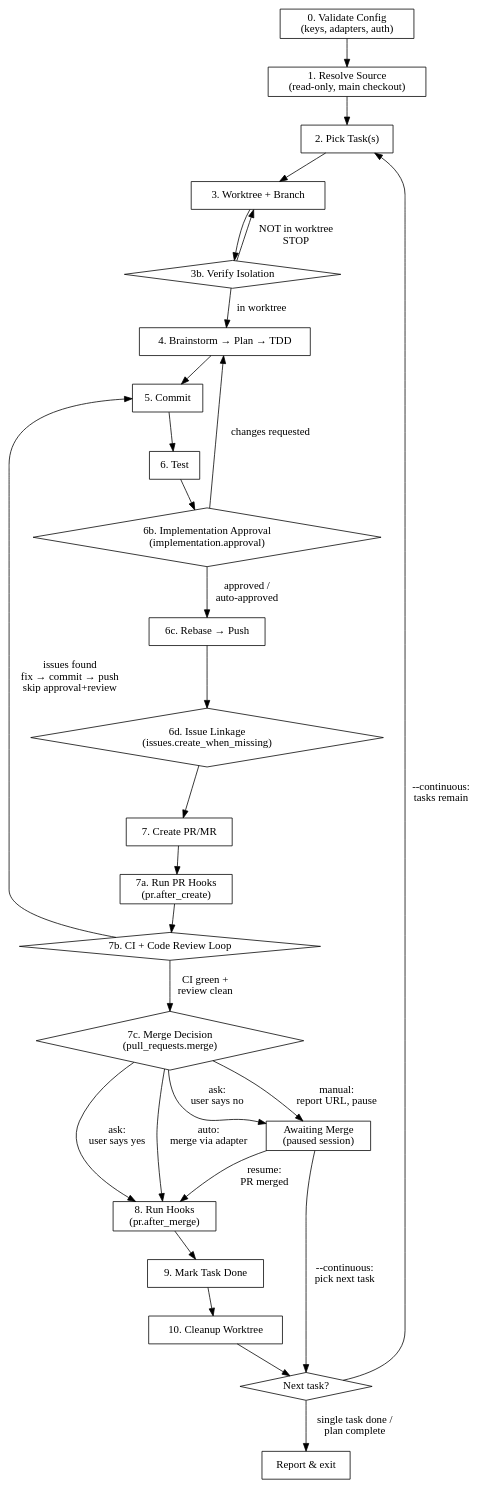
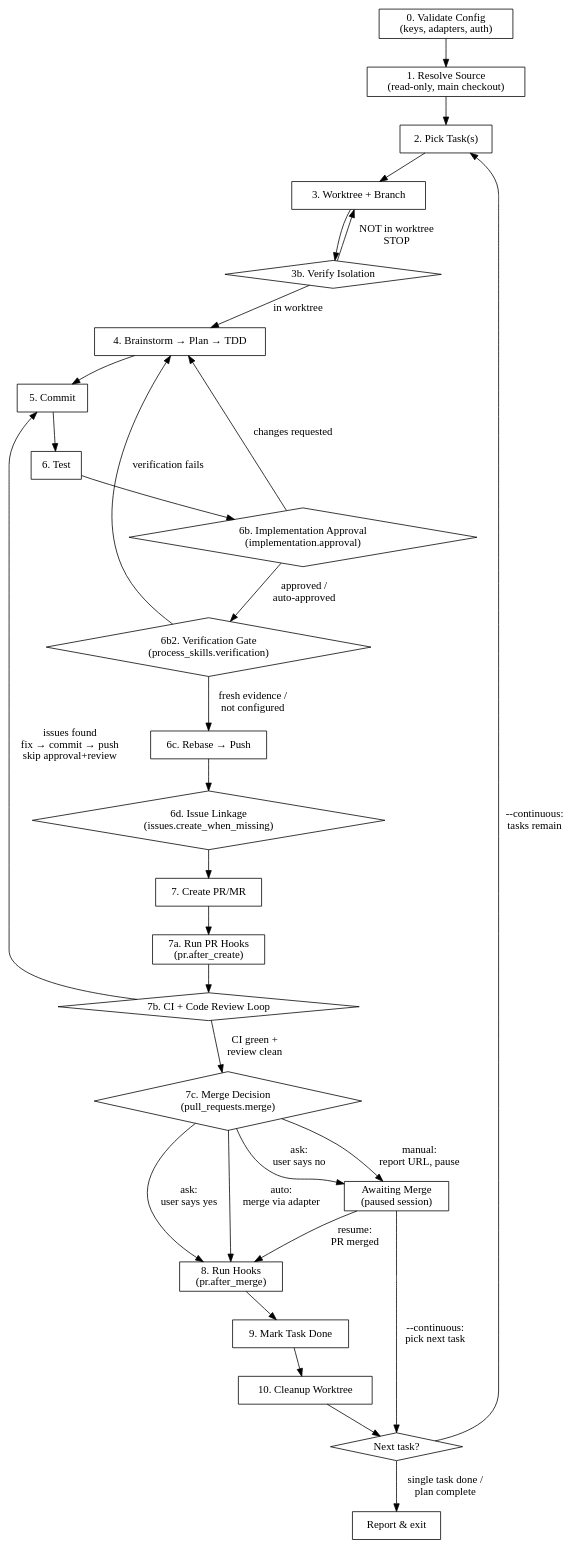
The diagram in plugins/flowyeah/skills/build/SKILL.md (rodrigomanhaes/flowyeah), drawn with Graphviz before and after one commit. The commit also changed other lines of this file and 8 other files, not shown here.

First line of the commit message:
feat(build): add process_skills.verification gate before push

````diff
--- a/plugins/flowyeah/skills/build/SKILL.md
+++ b/plugins/flowyeah/skills/build/SKILL.md
@@ -89,47 +89,50 @@
 ```dot
 digraph pipeline {
     rankdir=TB;
     node [shape=box];
 
     validate [label="0. Validate Config\n(keys, adapters, auth)"];
     resolve [label="1. Resolve Source\n(read-only, main checkout)"];
     pick [label="2. Pick Task(s)"];
     worktree [label="3. Worktree + Branch"];
     verify_wt [label="3b. Verify Isolation" shape=diamond];
     implement [label="4. Brainstorm → Plan → TDD"];
     commit [label="5. Commit"];
     test [label="6. Test"];
     approval [label="6b. Implementation Approval\n(implementation.approval)" shape=diamond];
+    verification [label="6b2. Verification Gate\n(process_skills.verification)" shape=diamond];
     deliver [label="6c. Rebase → Push"];
     issue_link [label="6d. Issue Linkage\n(issues.create_when_missing)" shape=diamond];
     pr [label="7. Create PR/MR"];
     pr_hooks [label="7a. Run PR Hooks\n(pr.after_create)"];
     ci_loop [label="7b. CI + Code Review Loop" shape=diamond];
     merge_decision [label="7c. Merge Decision\n(pull_requests.merge)" shape=diamond];
     hooks [label="8. Run Hooks\n(pr.after_merge)"];
     mark [label="9. Mark Task Done"];
     cleanup [label="10. Cleanup Worktree"];
     awaiting [label="Awaiting Merge\n(paused session)"];
     next [label="Next task?" shape=diamond];
 
     validate -> resolve -> pick -> worktree -> verify_wt;
     verify_wt -> implement [label="in worktree"];
     verify_wt -> worktree [label="NOT in worktree\nSTOP"];
     implement -> commit -> test -> approval;
-    approval -> deliver [label="approved /\nauto-approved"];
+    approval -> verification [label="approved /\nauto-approved"];
+    verification -> deliver [label="fresh evidence /\nnot configured"];
+    verification -> implement [label="verification fails"];
     approval -> implement [label="changes requested"];
     deliver -> issue_link -> pr -> pr_hooks -> ci_loop;
     ci_loop -> commit [label="issues found\nfix → commit → push\nskip approval+review"];
     ci_loop -> merge_decision [label="CI green +\nreview clean"];
     merge_decision -> hooks [label="auto:\nmerge via adapter"];
     merge_decision -> awaiting [label="manual:\nreport URL, pause"];
     merge_decision -> hooks [label="ask:\nuser says yes"];
     merge_decision -> awaiting [label="ask:\nuser says no"];
     awaiting -> hooks [label="resume:\nPR merged"];
     awaiting -> next [label="--continuous:\npick next task"];
     hooks -> mark -> cleanup -> next;
     next -> pick [label="--continuous:\ntasks remain"];
     next -> finish [label="single task done /\nplan complete"];
     finish [label="Report & exit"];
 }
 ```
````
